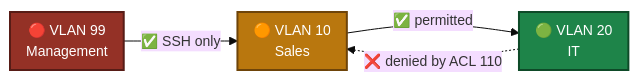
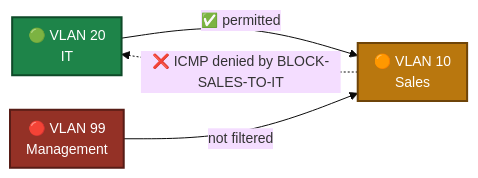
One commit to malaika-azhar/Cybersecurity-Lab-Projects changed the third of 3 diagrams in 1-Foundational-Projects/project-10-vlan-segmentation-intervlan-routing/README.md. Above: the diagram before and after it, drawn with Mermaid. The commit also changed other lines of this file, not shown here.

````diff
--- a/1-Foundational-Projects/project-10-vlan-segmentation-intervlan-routing/README.md
+++ b/1-Foundational-Projects/project-10-vlan-segmentation-intervlan-routing/README.md
@@ -621,12 +650,12 @@
 ```mermaid
 %%{init: {'theme': 'base', 'themeVariables': {'fontSize': '14px'}, 'flowchart': {'nodeSpacing': 24, 'rankSpacing': 34, 'padding': 8}}}%%
 flowchart LR
-    V10["🟠 VLAN 10<br/>Sales"] -->|"✅ permitted"| V20["🟢 VLAN 20<br/>IT"]
-    V20 -.->|"❌ denied by ACL 110"| V10
-    V99["🔴 VLAN 99<br/>Management"] -->|"✅ SSH only"| V10
+    V20["🟢 VLAN 20<br/>IT"] -->|"✅ permitted"| V10["🟠 VLAN 10<br/>Sales"]
+    V10 -.->|"❌ ICMP denied by BLOCK-SALES-TO-IT"| V20
+    V99["🔴 VLAN 99<br/>Management"] -->|"not filtered"| V10
     classDef default stroke:#2C3E50,stroke-width:2px,color:#FFFFFF
     class V10 default
     style V10 fill:#B9770E,stroke:#6E4409
     style V20 fill:#1E8449,stroke:#0E4A28
     style V99 fill:#943126,stroke:#571C16
 ```
````
